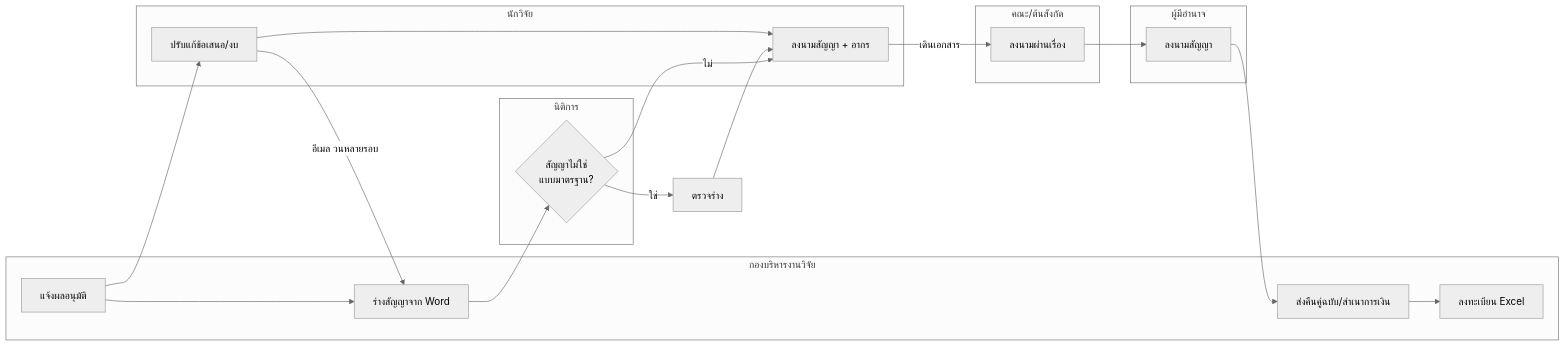
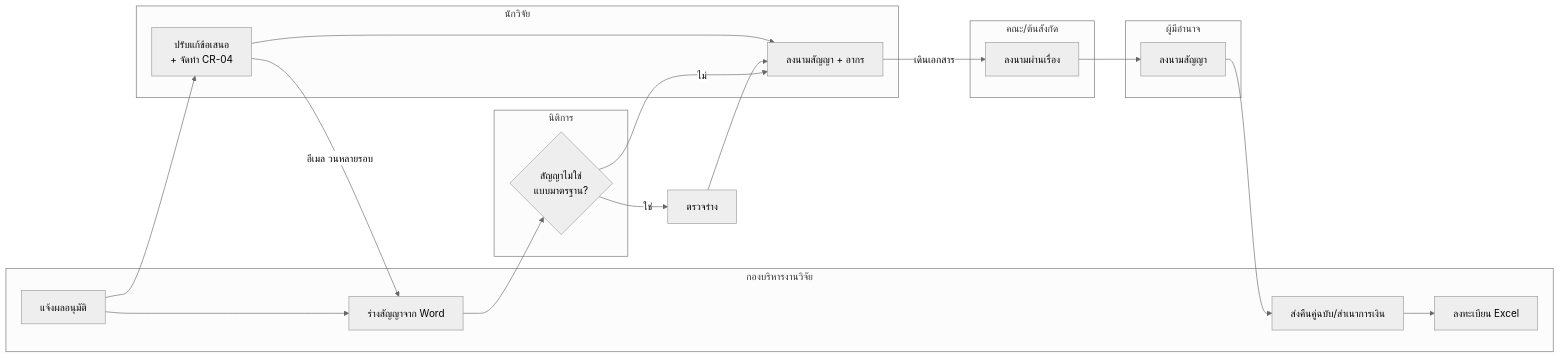
One commit to surasak-rit/claude-kit changed the first of 4 diagrams in rms/docs/01-as-is-process.md. Above: the diagram before and after it, drawn with Mermaid (neutral theme). The commit also changed other lines of this file and 5 other files, not shown here.

````diff
--- a/rms/docs/01-as-is-process.md
+++ b/rms/docs/01-as-is-process.md
@@ -62,23 +65,23 @@
 ```mermaid
 flowchart LR
   subgraph PI[นักวิจัย]
-    p1[ปรับแก้ข้อเสนอ/งบ] --> p2[ลงนามสัญญา + อากร]
+    p1[ปรับแก้ข้อเสนอ<br/>+ จัดทำ CR-04] --> p2[ลงนามสัญญา + อากร]
   end
   subgraph RO[กองบริหารงานวิจัย]
     r1[แจ้งผลอนุมัติ] --> r2[ร่างสัญญาจาก Word]
     r3[ส่งคืนคู่ฉบับ/สำเนาการเงิน] --> r4[ลงทะเบียน Excel]
   end
   subgraph LEG[นิติการ]
     l1{สัญญาไม่ใช่<br/>แบบมาตรฐาน?}
   end
   subgraph FAC[คณะ/ต้นสังกัด]
     f1[ลงนามผ่านเรื่อง]
   end
   subgraph AUTH[ผู้มีอำนาจ]
     a1[ลงนามสัญญา]
   end
   r1 --> p1 -->|อีเมล วนหลายรอบ| r2 --> l1
   l1 -->|ใช่| l2[ตรวจร่าง] --> p2
   l1 -->|ไม่| p2
   p2 -->|เดินเอกสาร| f1 --> a1 --> r3
 ```
````
